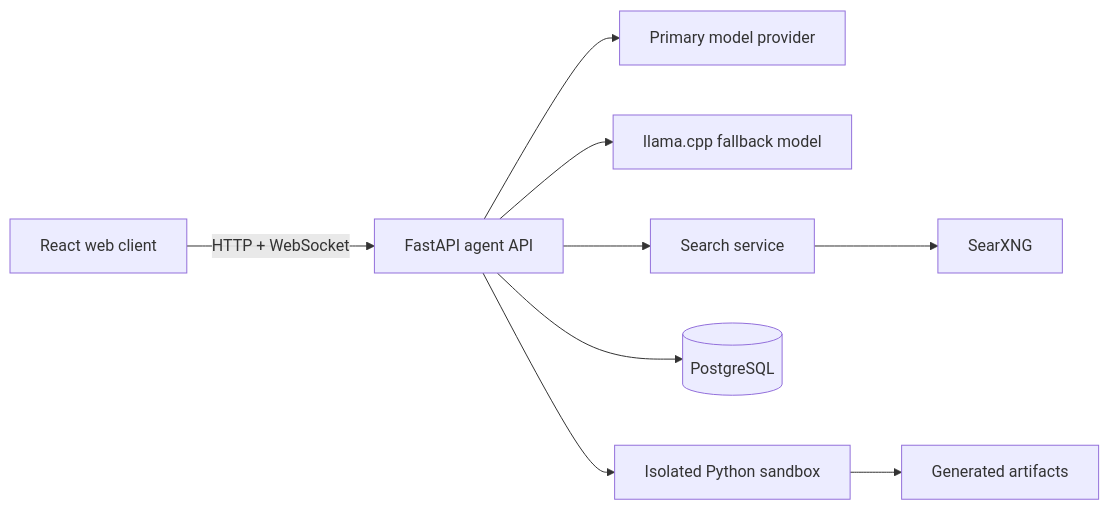
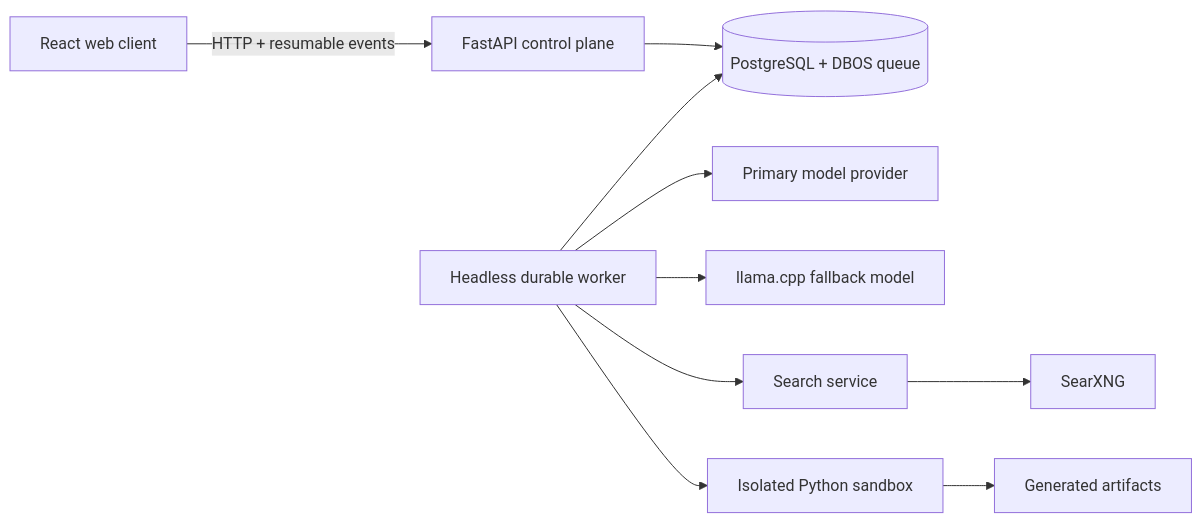
Before and after one commit to Bukunmi2108/aristotle: the diagram in README.md, drawn with Mermaid. The commit also changed other lines of this file and 7 other files, not shown here.

````diff
--- a/README.md
+++ b/README.md
@@ -24,11 +24,12 @@
 ```mermaid
 flowchart LR
-    Web[React web client] -->|HTTP + WebSocket| API[FastAPI agent API]
-    API --> Primary[Primary model provider]
-    API --> Fallback[llama.cpp fallback model]
-    API --> Search[Search service]
+    Web[React web client] -->|HTTP + resumable events| API[FastAPI control plane]
+    API --> DB[(PostgreSQL + DBOS queue)]
+    Worker[Headless durable worker] --> DB
+    Worker --> Primary[Primary model provider]
+    Worker --> Fallback[llama.cpp fallback model]
+    Worker --> Search[Search service]
     Search --> SearXNG[SearXNG]
-    API --> Postgres[(PostgreSQL)]
-    API --> Sandbox[Isolated Python sandbox]
+    Worker --> Sandbox[Isolated Python sandbox]
     Sandbox --> Artifacts[Generated artifacts]
 ```
````
